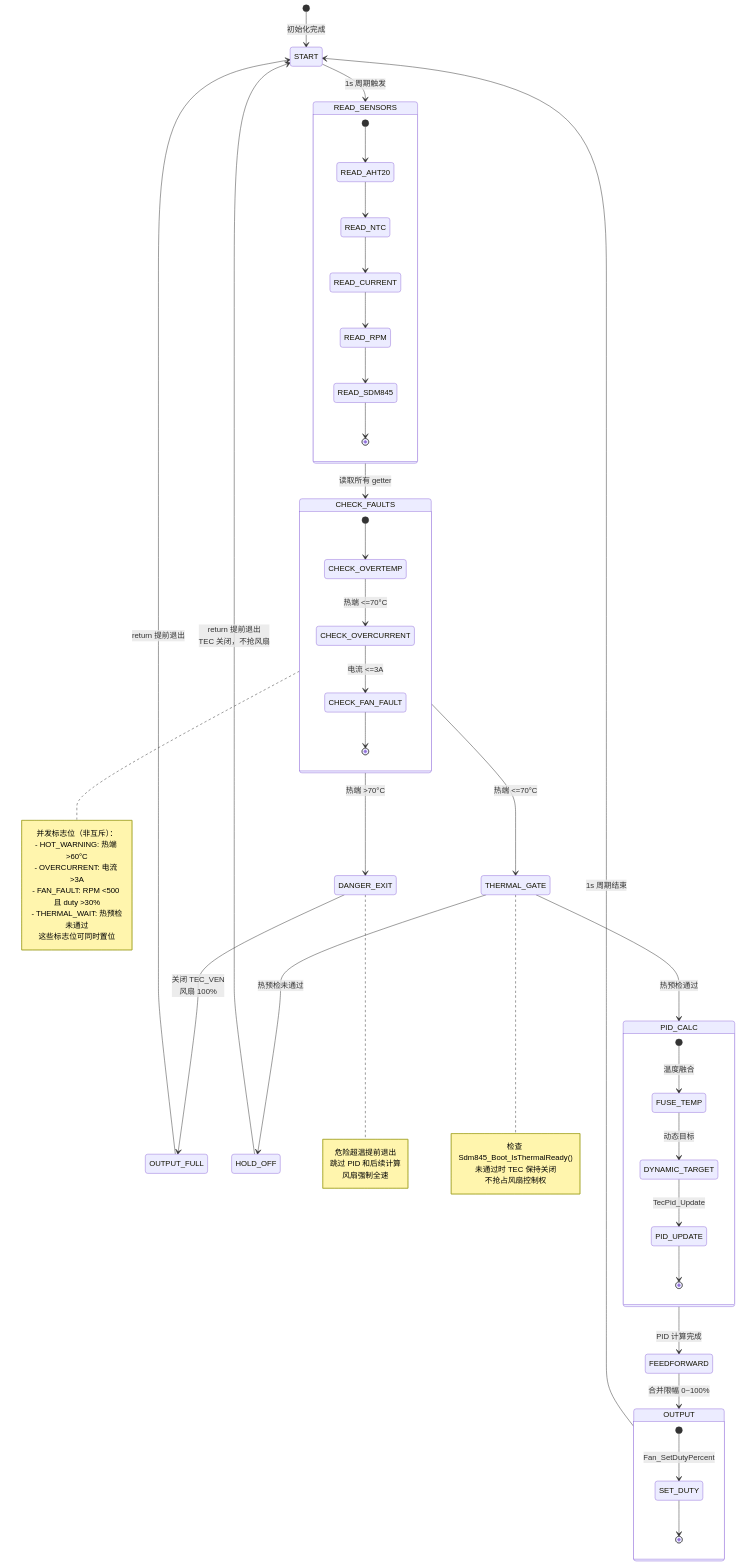
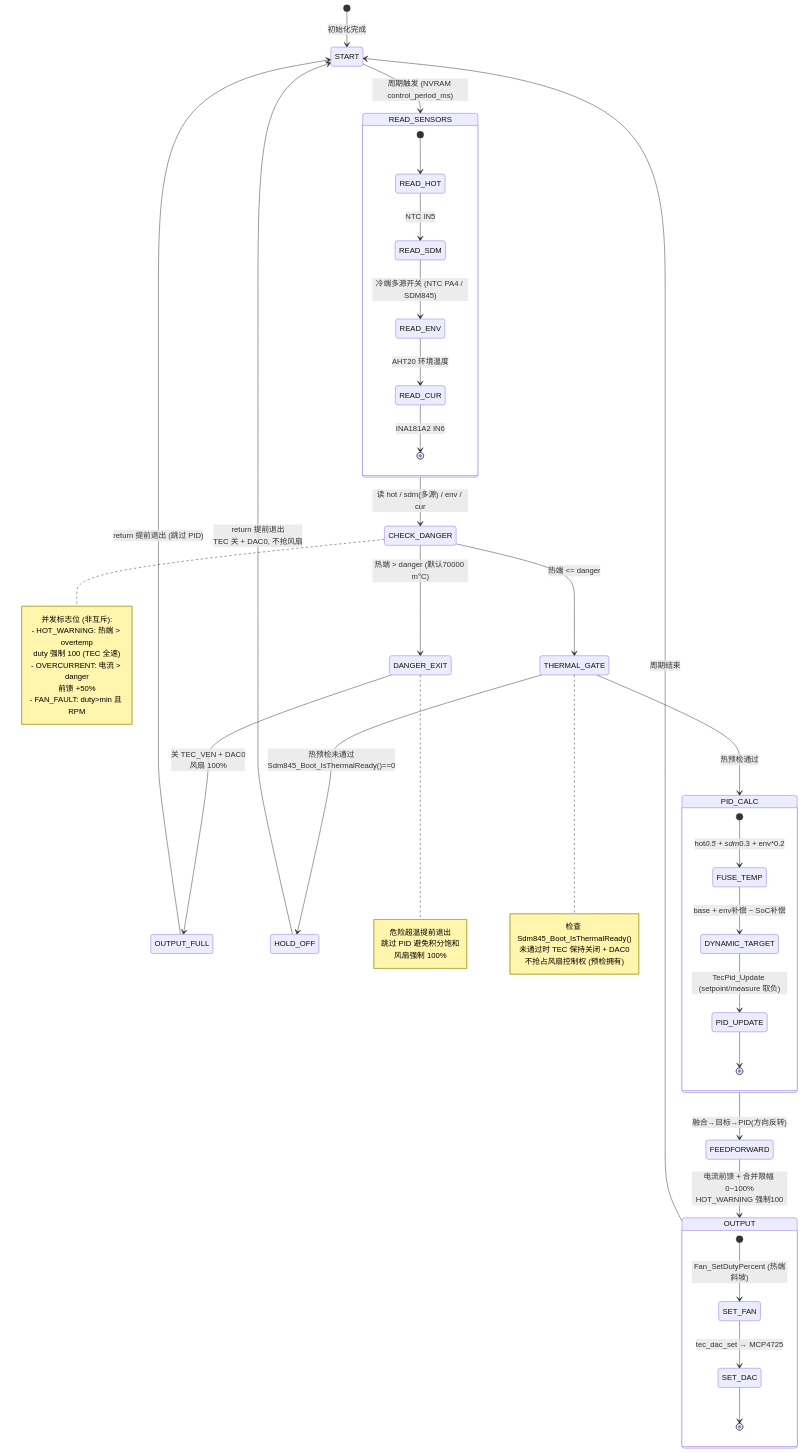
The ninth of 10 diagrams in WORKLOG.md (Vkd4U2NtVkZOVg/py32_control), drawn with Mermaid before and after one commit. The commit also changed other lines of this file, not shown here.

First line of the commit message:
docs(worklog): prune stale state-machine diagrams, add probe + TEC refresh

````diff
--- a/WORKLOG.md
+++ b/WORKLOG.md
@@ -1602,71 +1333,67 @@
 ```mermaid
 stateDiagram-v2
     [*] --> START : 初始化完成
-    
-    START --> READ_SENSORS : 1s 周期触发
-    READ_SENSORS --> CHECK_FAULTS : 读取所有 getter
-    
-    CHECK_FAULTS --> DANGER_EXIT : 热端 >70°C
-    CHECK_FAULTS --> THERMAL_GATE : 热端 <=70°C
-    
-    DANGER_EXIT --> OUTPUT_FULL : 关闭 TEC_VEN<br/>风扇 100%
-    OUTPUT_FULL --> START : return 提前退出
-    
-    THERMAL_GATE --> HOLD_OFF : 热预检未通过
+
+    START --> READ_SENSORS : 周期触发 (NVRAM control_period_ms)
+
+    READ_SENSORS --> CHECK_DANGER : 读 hot / sdm(多源) / env / cur
+
+    CHECK_DANGER --> DANGER_EXIT : 热端 > danger (默认70000 m°C)
+    CHECK_DANGER --> THERMAL_GATE : 热端 <= danger
+
+    DANGER_EXIT --> OUTPUT_FULL : 关 TEC_VEN + DAC0<br/>风扇 100%
+    OUTPUT_FULL --> START : return 提前退出 (跳过 PID)
+
+    THERMAL_GATE --> HOLD_OFF : 热预检未通过<br/>Sdm845_Boot_IsThermalReady()==0
     THERMAL_GATE --> PID_CALC : 热预检通过
-    
-    HOLD_OFF --> START : return 提前退出<br/>TEC 关闭，不抢风扇
-    
-    PID_CALC --> FEEDFORWARD : PID 计算完成
-    FEEDFORWARD --> OUTPUT : 合并限幅 0~100%
-    OUTPUT --> START : 1s 周期结束
-    
+
+    HOLD_OFF --> START : return 提前退出<br/>TEC 关 + DAC0, 不抢风扇
+
+    PID_CALC --> FEEDFORWARD : 融合→目标→PID(方向反转)
+    FEEDFORWARD --> OUTPUT : 电流前馈 + 合并限幅 0~100%<br/>HOT_WARNING 强制100
+
+    OUTPUT --> START : 周期结束
+
     state READ_SENSORS {
-        [*] --> READ_AHT20
-        READ_AHT20 --> READ_NTC
-        READ_NTC --> READ_CURRENT
-        READ_CURRENT --> READ_RPM
-        READ_RPM --> READ_SDM845
-        READ_SDM845 --> [*]
+        [*] --> READ_HOT
+        READ_HOT --> READ_SDM : NTC IN5
+        READ_SDM --> READ_ENV : 冷端多源开关 (NTC PA4 / SDM845)
+        READ_ENV --> READ_CUR : AHT20 环境温度
+        READ_CUR --> [*] : INA181A2 IN6
     }
-    
-    state CHECK_FAULTS {
-        [*] --> CHECK_OVERTEMP
-        CHECK_OVERTEMP --> CHECK_OVERCURRENT : 热端 <=70°C
-        CHECK_OVERCURRENT --> CHECK_FAN_FAULT : 电流 <=3A
-        CHECK_FAN_FAULT --> [*]
-    }
-    
+
     state PID_CALC {
-        [*] --> FUSE_TEMP : 温度融合
-        FUSE_TEMP --> DYNAMIC_TARGET : 动态目标
-        DYNAMIC_TARGET --> PID_UPDATE : TecPid_Update
+        [*] --> FUSE_TEMP : hot*0.5 + sdm*0.3 + env*0.2
+        FUSE_TEMP --> DYNAMIC_TARGET : base + env补偿 − SoC补偿
+        DYNAMIC_TARGET --> PID_UPDATE : TecPid_Update (setpoint/measure 取负)
         PID_UPDATE --> [*]
     }
-    
+
     state OUTPUT {
-        [*] --> SET_DUTY : Fan_SetDutyPercent
-        SET_DUTY --> [*]
+        [*] --> SET_FAN : Fan_SetDutyPercent (热端斜坡)
+        SET_FAN --> SET_DAC : tec_dac_set → MCP4725
+        SET_DAC --> [*]
     }
-    
+
     note right of DANGER_EXIT
         危险超温提前退出
-        跳过 PID 和后续计算
-        风扇强制全速
+        跳过 PID 避免积分饱和
+        风扇强制 100%
     end note
-    
+
     note right of THERMAL_GATE
         检查 Sdm845_Boot_IsThermalReady()
-        未通过时 TEC 保持关闭
-        不抢占风扇控制权
+        未通过时 TEC 保持关闭 + DAC0
+        不抢占风扇控制权 (预检拥有)
     end note
-    
-    note right of CHECK_FAULTS
-        并发标志位（非互斥）：
-        - HOT_WARNING: 热端 >60°C
-        - OVERCURRENT: 电流 >3A
-        - FAN_FAULT: RPM <500 且 duty >30%
+
+    note right of CHECK_DANGER
+        并发标志位 (非互斥):
+        - HOT_WARNING: 热端 > overtemp
+          duty 强制 100 (TEC 全速)
+        - OVERCURRENT: 电流 > danger
+          前馈 +50%
+        - FAN_FAULT: duty>min 且 RPM<min
         - THERMAL_WAIT: 热预检未通过
-        这些标志位可同时置位
     end note
 ```
````
